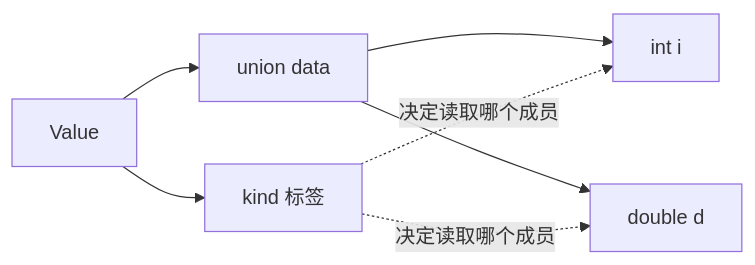
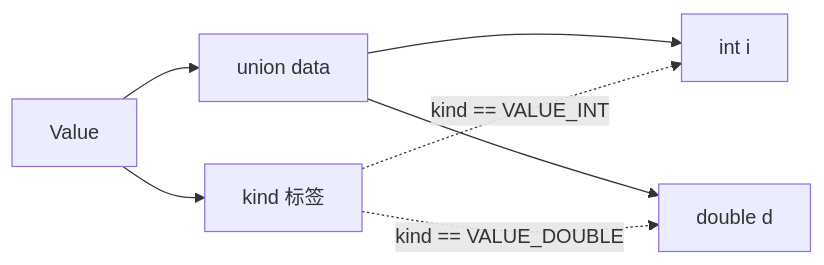
Before and after one commit to shanchuann/TheGitbookLibrary: the fourth of 4 diagrams in C语言圣经/structs.md, drawn with Mermaid. The commit also changed other lines of this file, not shown here.

````diff
--- a/C语言圣经/structs.md
+++ b/C语言圣经/structs.md
@@ -156,9 +548,9 @@
-```mermaid
+~~~mermaid
 flowchart LR
-    V[Value] --> K[kind 标签]
-    V --> U[union data]
-    U --> I[int i]
-    U --> D[double d]
-    K -.决定读取哪个成员.-> I
-    K -.决定读取哪个成员.-> D
-```
+    V["Value"] --> K["kind 标签"]
+    V --> U["union data"]
+    U --> I["int i"]
+    U --> D["double d"]
+    K -.->|"kind == VALUE_INT"| I
+    K -.->|"kind == VALUE_DOUBLE"| D
+~~~
````
